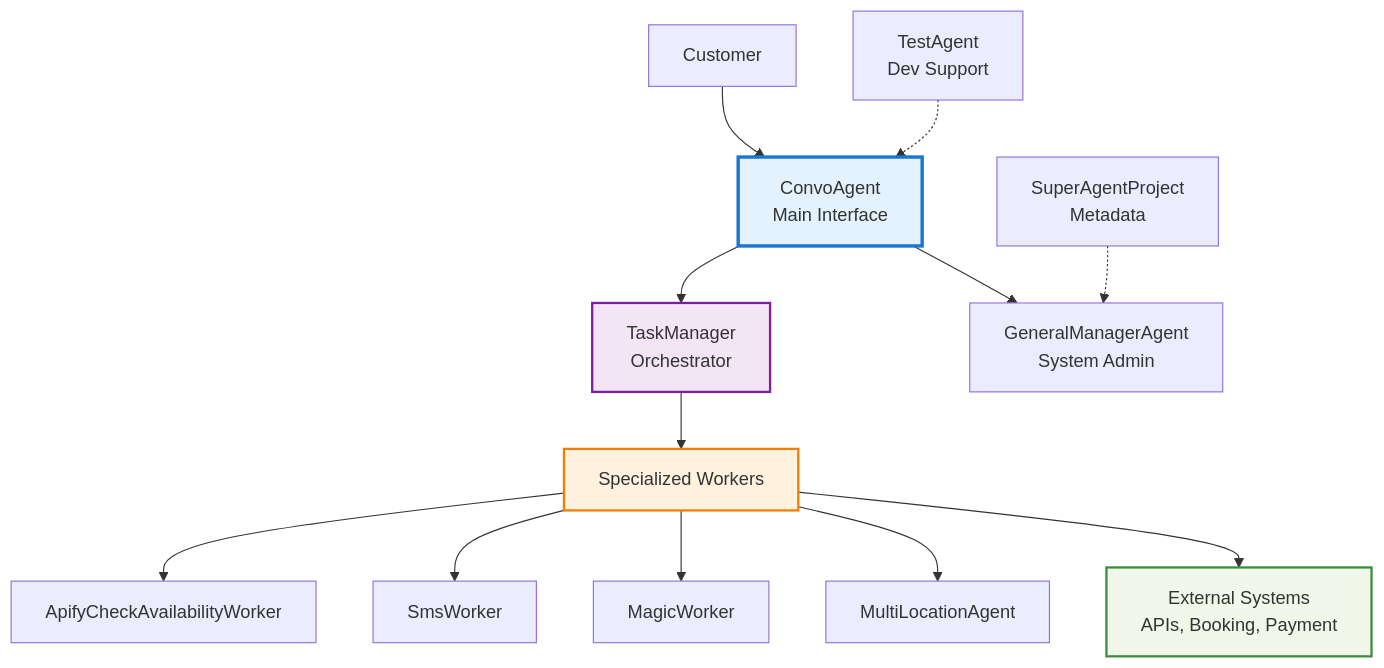
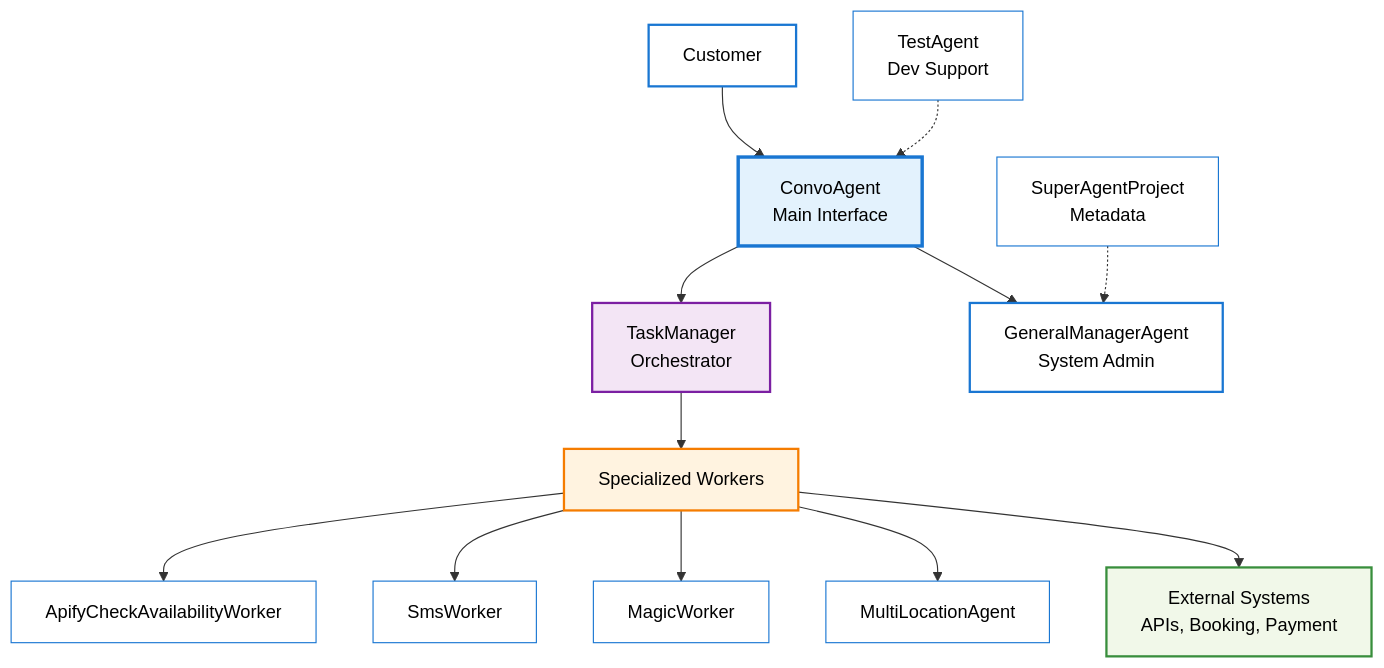
One commit to sabbah13/newo-docs changed the first of 19 diagrams in website/docs-new/interaction-diagrams.md. Above: the diagram before and after it, drawn with Mermaid. The commit also changed 2 other files, not shown here.

Commit message:
Add Mermaid theme customization

````diff
--- a/website/docs-new/interaction-diagrams.md
+++ b/website/docs-new/interaction-diagrams.md
@@ -12,23 +12,31 @@
 ```mermaid
 graph TB
     Customer[Customer] --> ConvoAgent[ConvoAgent<br/>Main Interface]
     ConvoAgent --> TaskManager[TaskManager<br/>Orchestrator]
     TaskManager --> Workers[Specialized Workers]
     
     Workers --> ApifyWorker[ApifyCheckAvailabilityWorker]
     Workers --> SmsWorker[SmsWorker]
     Workers --> MagicWorker[MagicWorker]
     Workers --> MultiLocationAgent[MultiLocationAgent]
     
     ConvoAgent --> GeneralManagerAgent[GeneralManagerAgent<br/>System Admin]
     
     Workers --> ExternalSystems[External Systems<br/>APIs, Booking, Payment]
     
     TestAgent[TestAgent<br/>Dev Support] -.-> ConvoAgent
     SuperAgentProject[SuperAgentProject<br/>Metadata] -.-> GeneralManagerAgent
     
-    style ConvoAgent fill:#e3f2fd,stroke:#1976d2,stroke-width:3px
-    style TaskManager fill:#f3e5f5,stroke:#7b1fa2,stroke-width:2px
-    style Workers fill:#fff3e0,stroke:#f57c00,stroke-width:2px
-    style ExternalSystems fill:#f1f8e9,stroke:#388e3c,stroke-width:2px
+    style ConvoAgent fill:#e3f2fd,stroke:#1976d2,stroke-width:3px,color:#000000
+    style TaskManager fill:#f3e5f5,stroke:#7b1fa2,stroke-width:2px,color:#000000
+    style Workers fill:#fff3e0,stroke:#f57c00,stroke-width:2px,color:#000000
+    style ExternalSystems fill:#f1f8e9,stroke:#388e3c,stroke-width:2px,color:#000000
+    style Customer fill:#ffffff,stroke:#1976d2,stroke-width:2px,color:#000000
+    style GeneralManagerAgent fill:#ffffff,stroke:#1976d2,stroke-width:2px,color:#000000
+    style ApifyWorker fill:#ffffff,stroke:#1976d2,stroke-width:1px,color:#000000
+    style SmsWorker fill:#ffffff,stroke:#1976d2,stroke-width:1px,color:#000000
+    style MagicWorker fill:#ffffff,stroke:#1976d2,stroke-width:1px,color:#000000
+    style MultiLocationAgent fill:#ffffff,stroke:#1976d2,stroke-width:1px,color:#000000
+    style TestAgent fill:#ffffff,stroke:#1976d2,stroke-width:1px,color:#000000
+    style SuperAgentProject fill:#ffffff,stroke:#1976d2,stroke-width:1px,color:#000000
 ```
````
